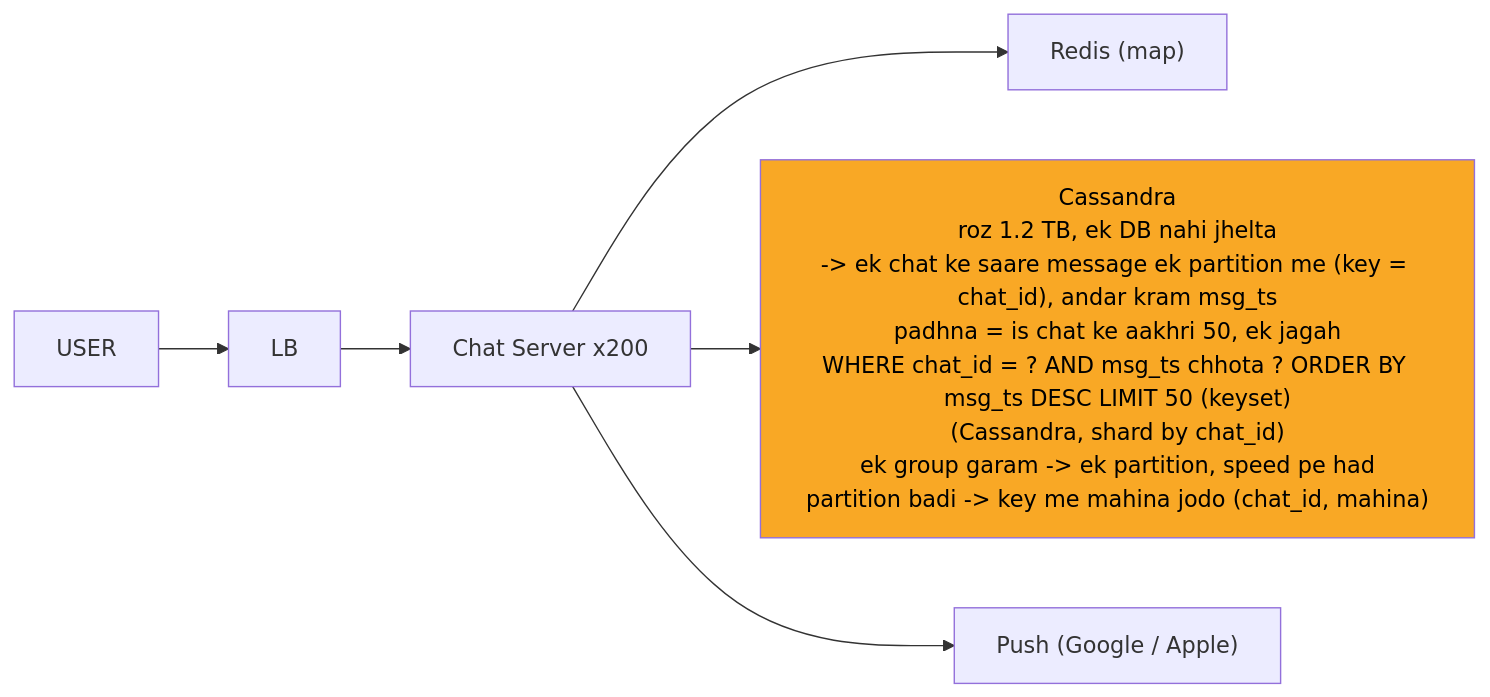
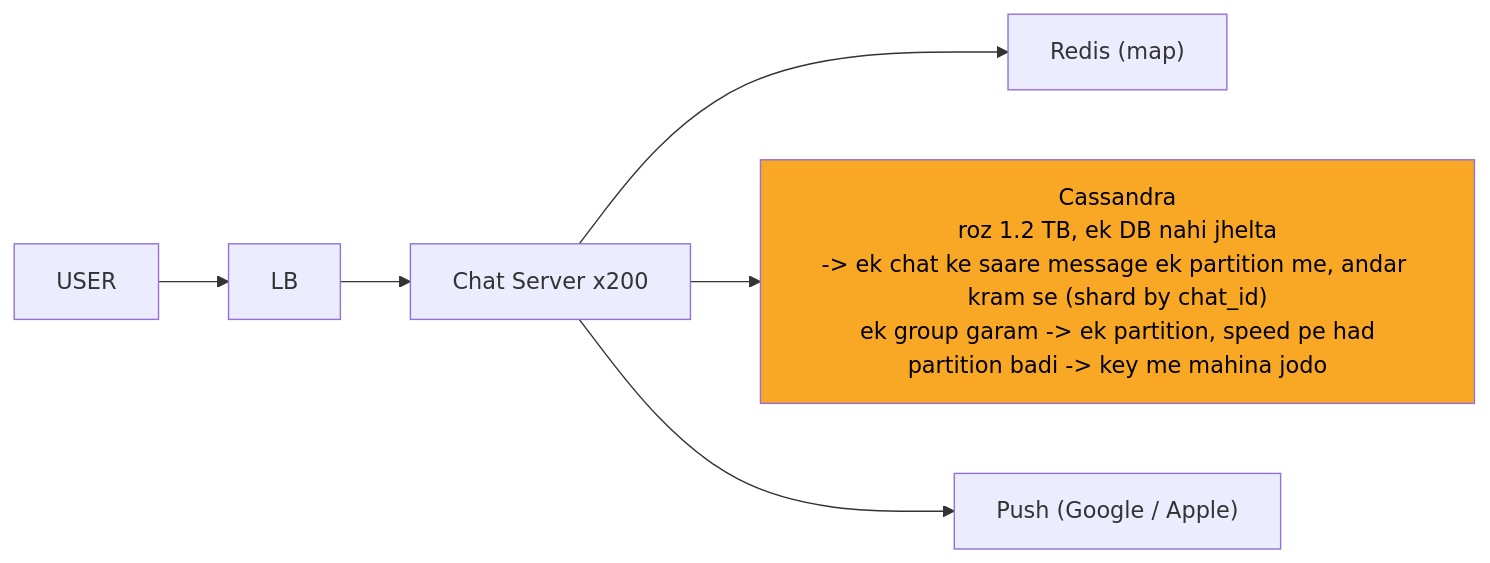
One commit to ArpanMaheshwari144/Prep changed the diagram in 04_HLD/SYSTEM_DESIGNS/14_chat_messaging/img/c4.mmd. Above: the diagram before and after it, drawn with Mermaid. The commit also changed 43 other files, not shown here.

```diff
--- a/04_HLD/SYSTEM_DESIGNS/14_chat_messaging/img/c4.mmd
+++ b/04_HLD/SYSTEM_DESIGNS/14_chat_messaging/img/c4.mmd
@@ -1,14 +1,14 @@
 %%{init: {"flowchart": {"wrappingWidth": 450}}}%%
 flowchart LR
     n_U["USER"]
     n_LB["LB"]
     n_CS["Chat Server x200"]
     n_R["Redis (map)"]
-    n_CA["Cassandra<br/>roz 1.2 TB, ek DB nahi jhelta<br/>-> ek chat ke saare message ek partition me (key = chat_id), andar kram msg_ts<br/>padhna = is chat ke aakhri 50, ek jagah<br/>WHERE chat_id = ? AND msg_ts chhota ? ORDER BY msg_ts DESC LIMIT 50 (keyset)<br/>(Cassandra, shard by chat_id)<br/>ek group garam -> ek partition, speed pe had<br/>partition badi -> key me mahina jodo (chat_id, mahina)"]
+    n_CA["Cassandra<br/>roz 1.2 TB, ek DB nahi jhelta<br/>-> ek chat ke saare message ek partition me, andar kram se (shard by chat_id)<br/>ek group garam -> ek partition, speed pe had<br/>partition badi -> key me mahina jodo"]
     n_P["Push (Google / Apple)"]
     n_U --> n_LB
     n_LB --> n_CS
     n_CS --> n_R
     n_CS --> n_CA
     n_CS --> n_P
     style n_CA fill:#f9a825,color:#000
```
